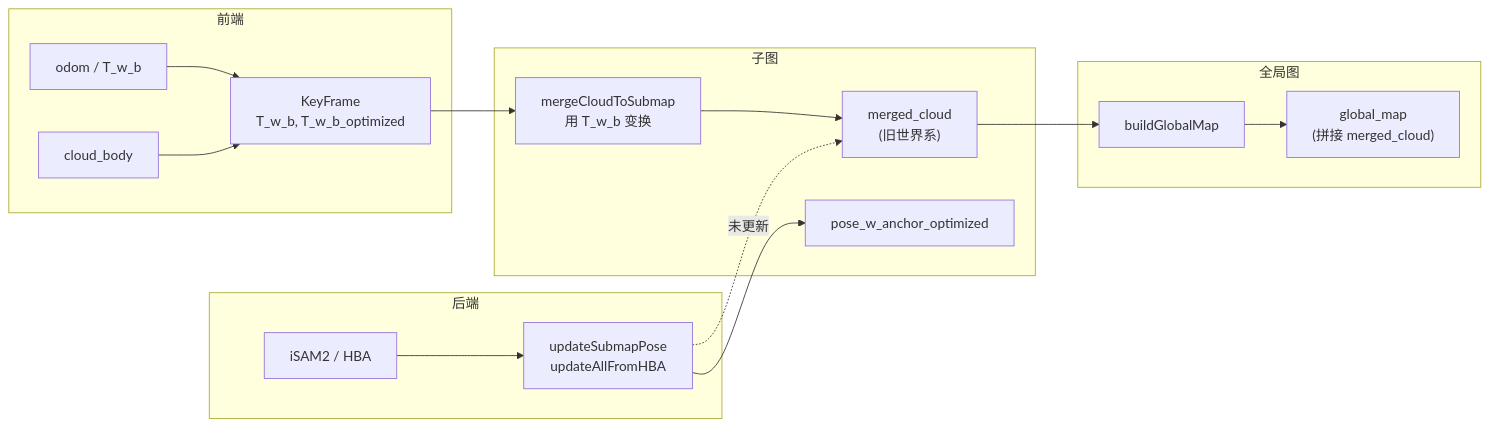
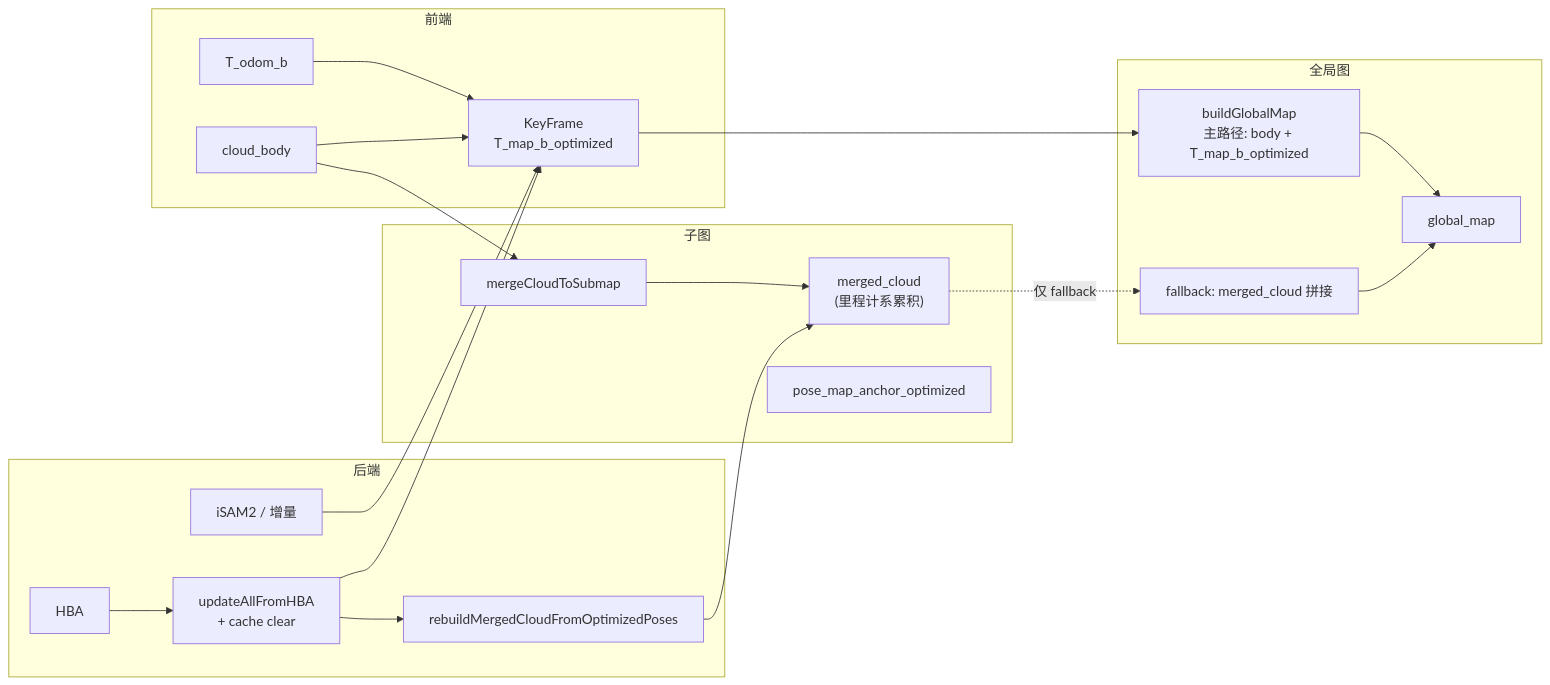
The diagram in automap_pro/docs/GLOBAL_MAP_MESSY_ANALYSIS.md (xinruozhishui201314/automap_pro), drawn with Mermaid before and after one commit. The commit also changed other lines of this file and 57 other files, not shown here.

````diff
--- a/automap_pro/docs/GLOBAL_MAP_MESSY_ANALYSIS.md
+++ b/automap_pro/docs/GLOBAL_MAP_MESSY_ANALYSIS.md
@@ -44,34 +38,41 @@
 ```mermaid
 flowchart LR
   subgraph frontend["前端"]
-    Odom["odom / T_w_b"]
+    Odom["T_odom_b"]
     Cloud["cloud_body"]
-    KF["KeyFrame\nT_w_b, T_w_b_optimized"]
+    KF["KeyFrame\nT_map_b_optimized"]
   end
 
   subgraph submap["子图"]
-    Merge["mergeCloudToSubmap\n用 T_w_b 变换"]
-    MC["merged_cloud\n(旧世界系)"]
-    PoseOpt["pose_w_anchor_optimized"]
+    Merge["mergeCloudToSubmap"]
+    MC["merged_cloud\n(里程计系累积)"]
+    Anchor["pose_map_anchor_optimized"]
   end
 
   subgraph backend["后端"]
-    iSAM2["iSAM2 / HBA"]
-    UpdatePose["updateSubmapPose\nupdateAllFromHBA"]
+    ISAM["iSAM2 / 增量"]
+    HBA["HBA"]
+    WB["updateAllFromHBA\n+ cache clear"]
+    REB["rebuildMergedCloudFromOptimizedPoses"]
   end
 
   subgraph map["全局图"]
-    BGM["buildGlobalMap"]
-    Global["global_map\n(拼接 merged_cloud)"]
+    BGM["buildGlobalMap\n主路径: body + T_map_b_optimized"]
+    FB["fallback: merged_cloud 拼接"]
+    Global["global_map"]
   end
 
   Odom --> KF
   Cloud --> KF
-  KF --> Merge
+  Cloud --> Merge
   Merge --> MC
-  iSAM2 --> UpdatePose
-  UpdatePose --> PoseOpt
-  UpdatePose -.->|"未更新"| MC
-  MC --> BGM
+  ISAM --> KF
+  HBA --> WB
+  WB --> REB
+  WB --> KF
+  REB --> MC
+  KF --> BGM
+  MC -.->|"仅 fallback"| FB
   BGM --> Global
+  FB --> Global
 ```
````
